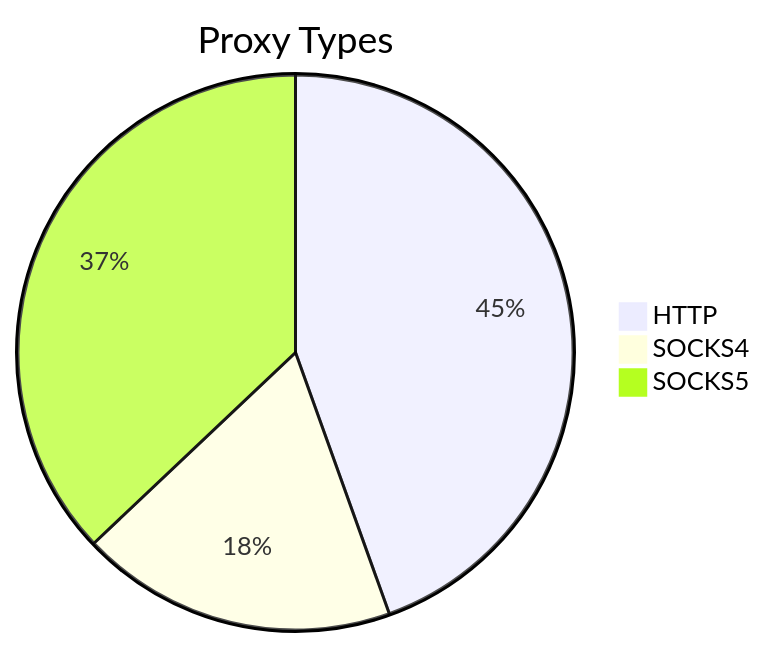
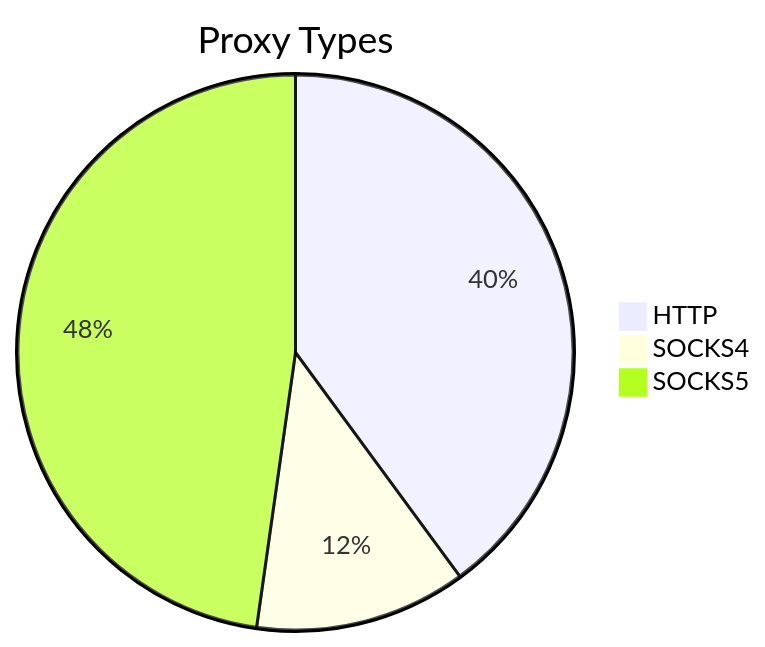
One commit to stormsia/proxy-list changed the first of 2 diagrams in README.md. Above: the diagram before and after it, drawn with Mermaid. The commit also changed other lines of this file, not shown here.

````diff
--- a/README.md
+++ b/README.md
@@ -21,6 +21,6 @@
 ```mermaid
 pie title Proxy Types
-    "HTTP" : 215
-    "SOCKS4" : 89
-    "SOCKS5" : 179
+    "HTTP" : 107
+    "SOCKS4" : 33
+    "SOCKS5" : 128
 ```
````
